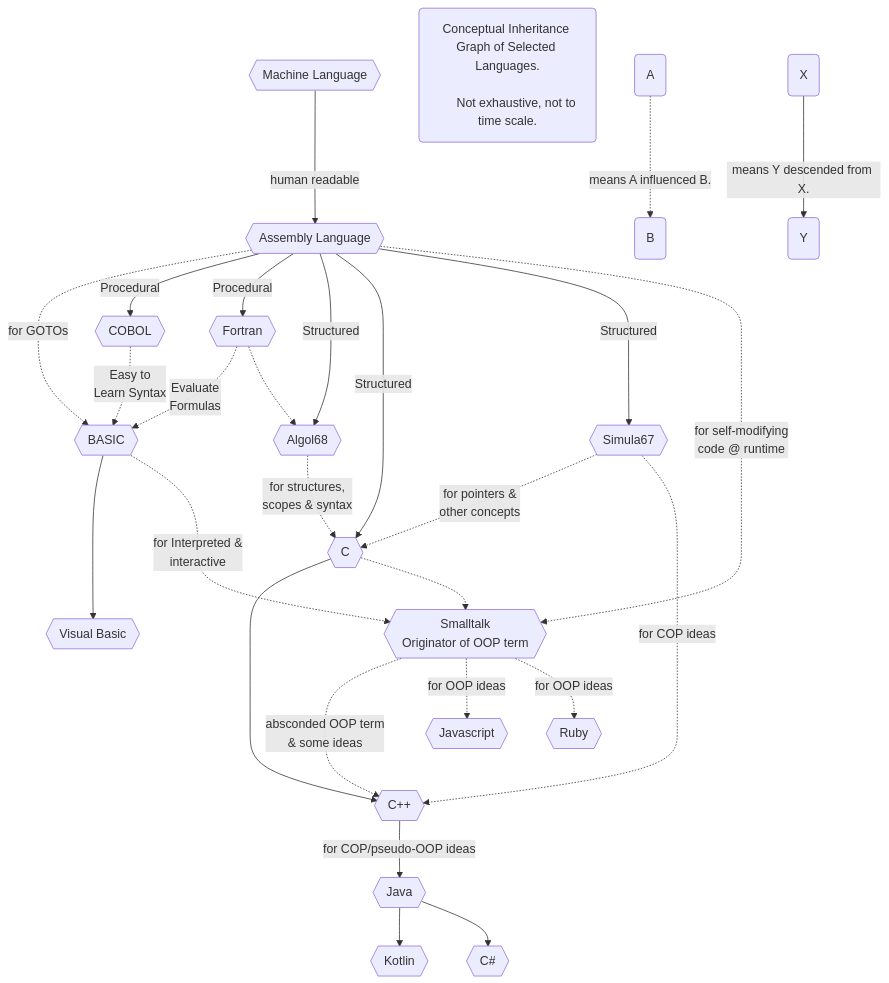
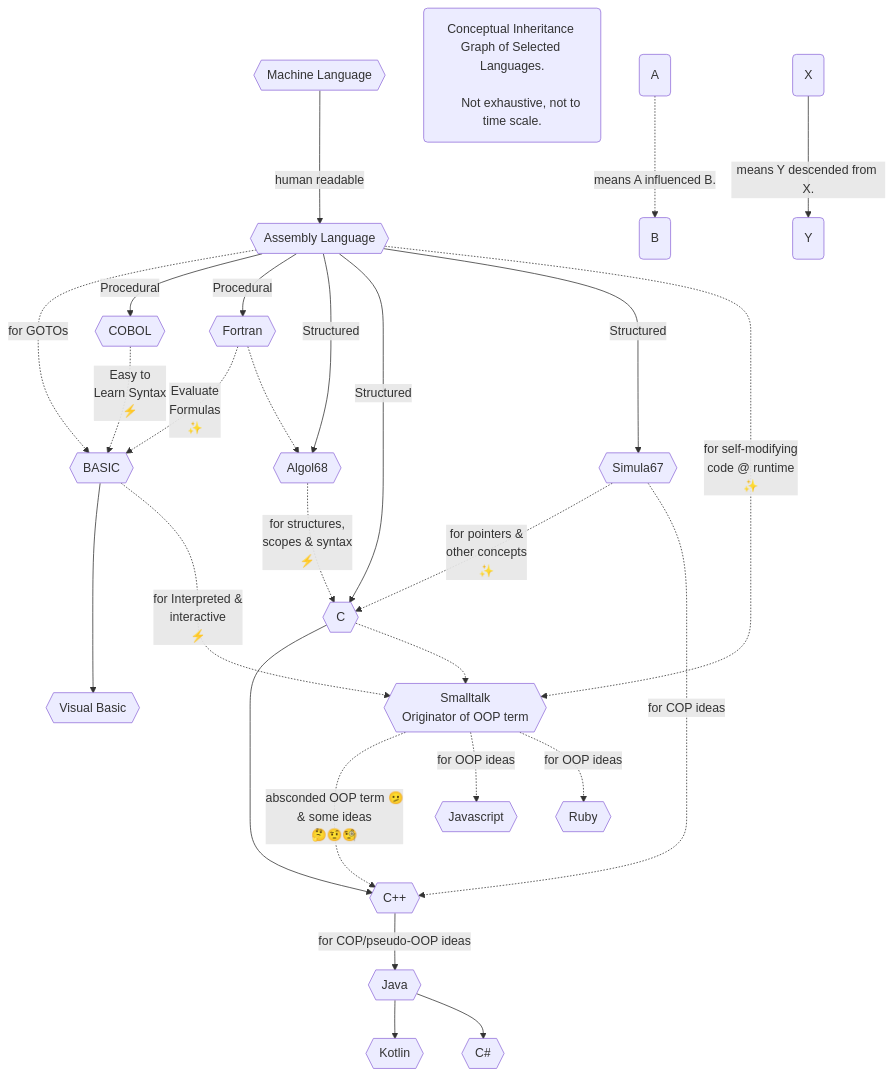
One commit to realityexpander/How_to_program_from_ground_up changed the diagram in 13-Conclusion.md. Above: the diagram before and after it, drawn with Mermaid.

Commit message:
Add emojis

````diff
--- a/13-Conclusion.md
+++ b/13-Conclusion.md
@@ -23,47 +23,55 @@
   ```mermaid
     graph TB
         MachineLanguage{{Machine Language}} -->|human readable| AssemblyLanguage
         AssemblyLanguage{{Assembly Language}} -.->|for GOTOs|Basic
         AssemblyLanguage{{Assembly Language}} -->|Procedural|COBOL
         AssemblyLanguage{{Assembly Language}} -->|Procedural|Fortran
         AssemblyLanguage{{Assembly Language}} -->|Structured|Algol68
         AssemblyLanguage{{Assembly Language}} -->|Structured|C
         AssemblyLanguage{{Assembly Language}} -->|Structured|Simula67
         COBOL{{"COBOL"}} -.->|Easy to 
-                            Learn Syntax|Basic
+                            Learn Syntax
+                            ⚡️️|Basic
         Basic{{"BASIC"}} ---> VisualBasic
         Fortran{{"Fortran"}} -.->|Evaluate 
-                                Formulas|Basic
+                                Formulas
+                                ✨|Basic
         Algol68{{Algol68}} -.->|"for structures, 
-                             scopes & syntax"|C
+                             scopes & syntax
+                             ⚡️️
+                             "|C
         Simula67{{"Simula67"}} -.->|"for pointers & 
-                                  other concepts"|C
+                                  other concepts
+                                  ✨"|C
         C{{"C"}} -->Cplusplus
         C -.->Smalltalk
         Simula67 -.->|for COP ideas|Cplusplus
         Cplusplus{{"C++"}} -->|for COP/pseudo-OOP ideas|Java
-        Smalltalk -..->|"absconded OOP term 
-                        & some ideas"|Cplusplus
+        Smalltalk -..->|"absconded OOP term 🫤 
+                        & some ideas
+                        🤔🤨🧐"|Cplusplus
         Java{{Java}} -->Kotlin
         Java -->CSharp
         CSharp{{"C#"}}
         Fortran -.->Algol68
         Smalltalk{{"Smalltalk
                   Originator of OOP term"}} -.->|for OOP ideas|Javascript
         Smalltalk -.->|for OOP ideas|Ruby
         Basic -.-> |for Interpreted & 
-                    interactive|Smalltalk
+                    interactive
+                    ⚡️|Smalltalk
         AssemblyLanguage-.->|for self-modifying 
-                             code @ runtime|Smalltalk
+                             code @ runtime
+                             ✨|Smalltalk
         Kotlin{{Kotlin}}
         Ruby{{Ruby}}
         Javascript{{Javascript}}
         VisualBasic{{"Visual Basic"}}
     
     Note("Conceptual Inheritance Graph of Selected Languages.
           
           Not exhaustive, not to time scale.")
     A("A") -.-> |means A influenced B.| B("B")
     X("X") --> |means Y descended from X.| Y("Y")
     
   ```
````
